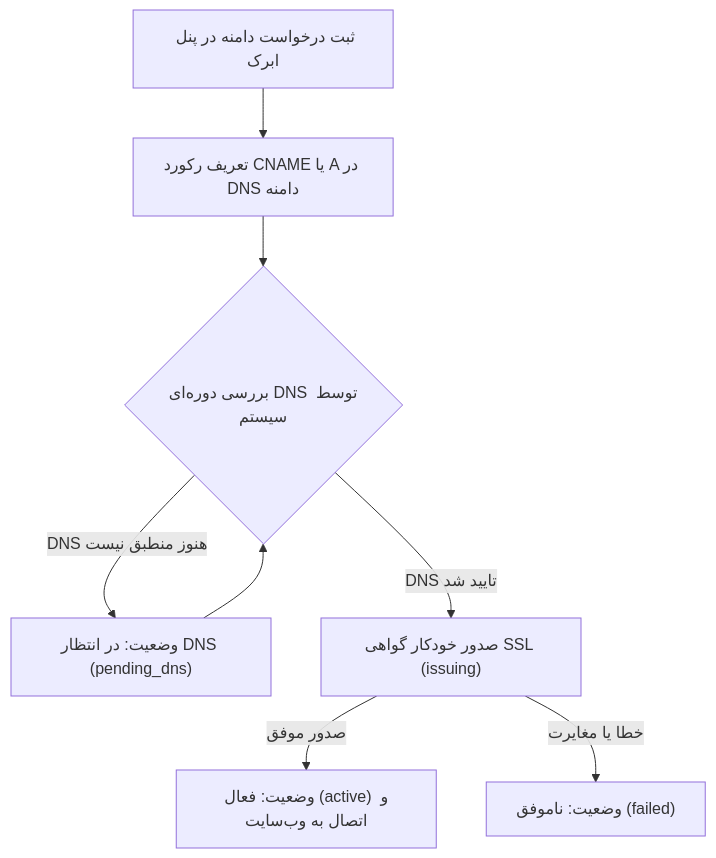
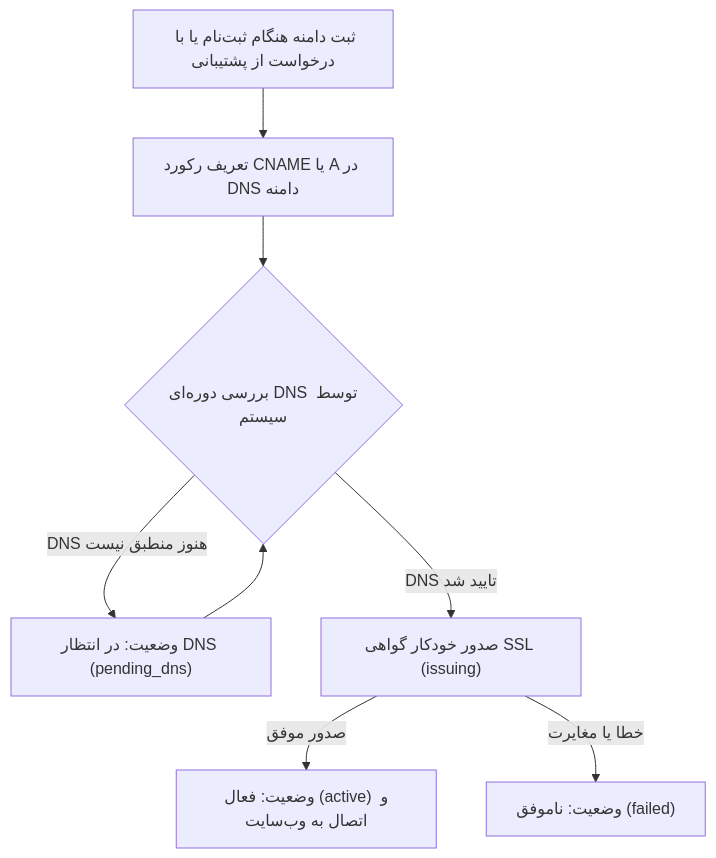
One commit to abrakorg/abrak-docs changed the diagram in fa/custom-domain.md. Above: the diagram before and after it, drawn with Mermaid. The commit also changed other lines of this file and 3 other files, not shown here.

Commit message:
docs(custom-domain): match the live flow — domain given at sign-up or via support, operator starts and removes, notices from the notification centre + account history (no portal claim) (fa, en, ar, ps)

````diff
--- a/fa/custom-domain.md
+++ b/fa/custom-domain.md
@@ -23,10 +23,10 @@
 ```mermaid
 flowchart TD
-    A["ثبت درخواست دامنه در پنل ابرک"] --> B["تعریف رکورد CNAME یا A در DNS دامنه"]
+    A["ثبت دامنه هنگام ثبت‌نام یا با درخواست از پشتیبانی"] --> B["تعریف رکورد CNAME یا A در DNS دامنه"]
     B --> C{"بررسی دوره‌ای DNS توسط سیستم"}
     C -- "DNS هنوز منطبق نیست" --> D["وضعیت: در انتظار DNS (pending_dns)"]
     D --> C
     C -- "DNS تایید شد" --> E["صدور خودکار گواهی SSL (issuing)"]
     E -- "صدور موفق" --> F["وضعیت: فعال (active) و اتصال به وب‌سایت"]
     E -- "خطا یا مغایرت" --> G["وضعیت: ناموفق (failed)"]
 ```
````
